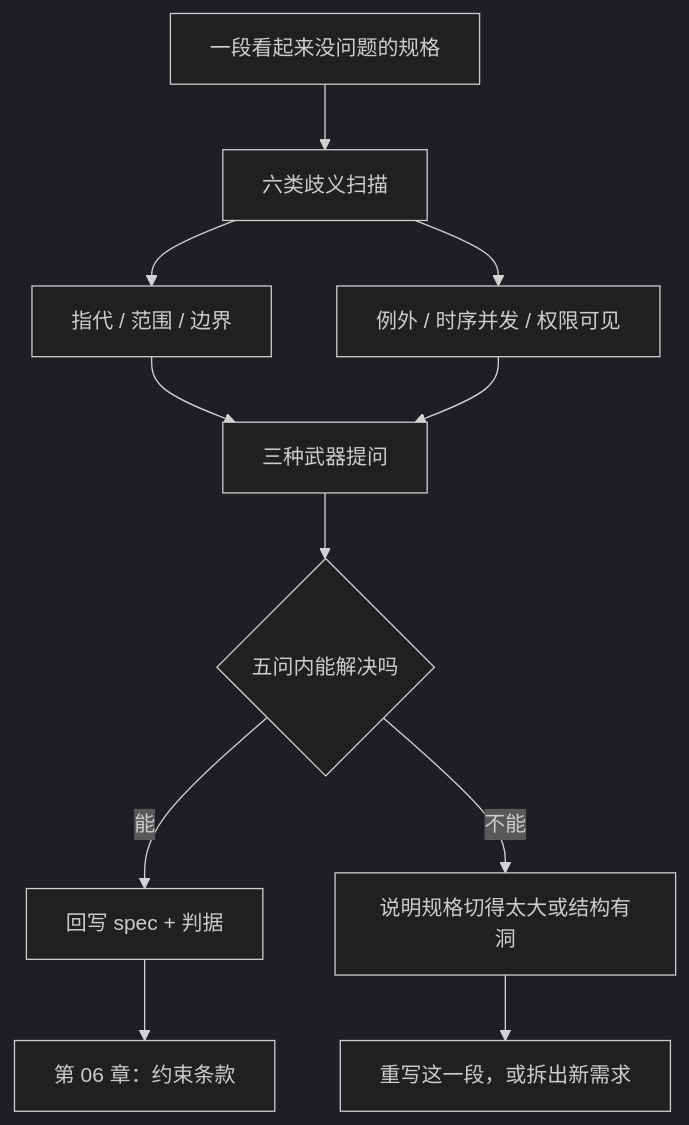
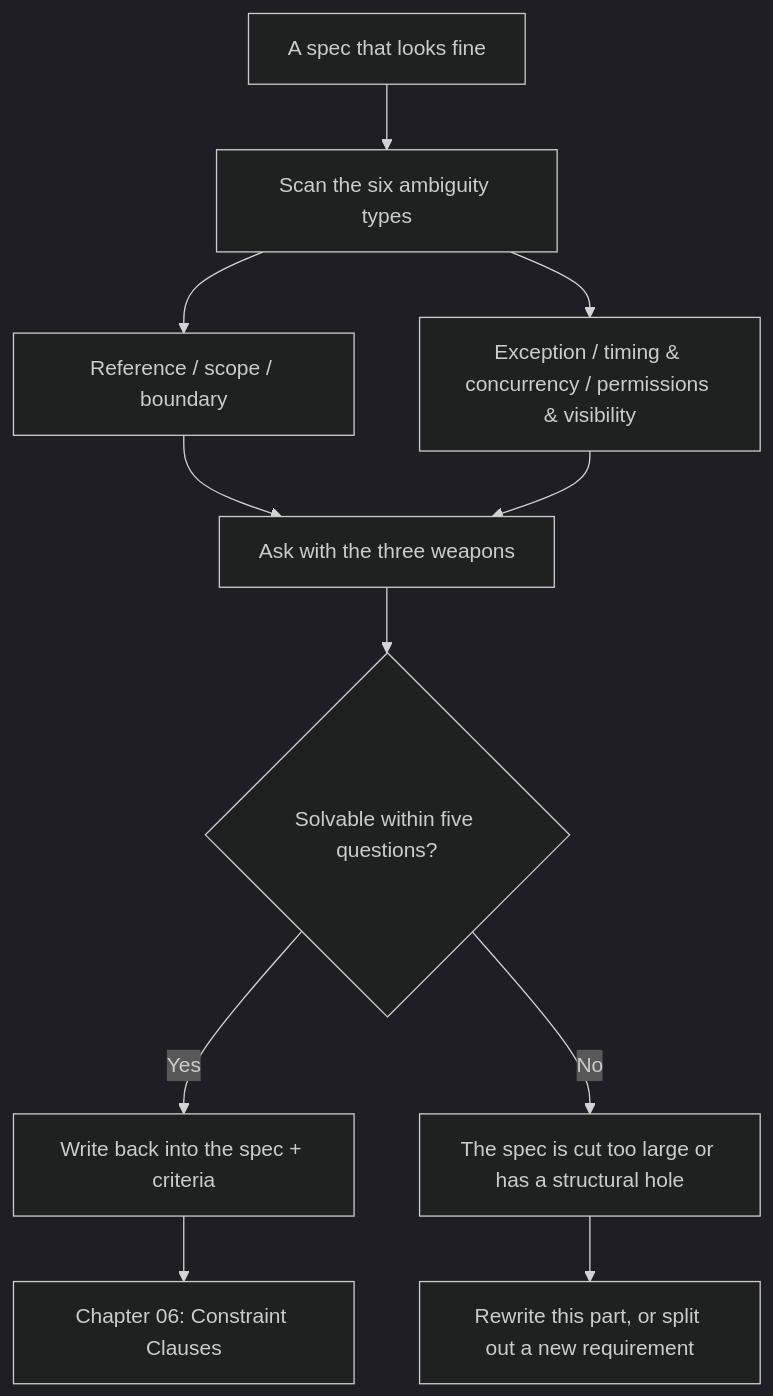
The diagram in phase2/chapters/ch05-ambiguity.md (xzlxiao/vibe-coding-textbook), drawn with Mermaid (dark theme) before and after one commit. The commit also changed other lines of this file and 15 other files, not shown here.

````diff
--- a/phase2/chapters/ch05-ambiguity.md
+++ b/phase2/chapters/ch05-ambiguity.md
@@ -187,13 +187,13 @@
 ```mermaid
 flowchart TD
-    A["一段看起来没问题的规格"] --> B["六类歧义扫描"]
-    B --> C1["指代 / 范围 / 边界"]
-    B --> C2["例外 / 时序并发 / 权限可见"]
-    C1 --> D["三种武器提问"]
+    A["A spec that looks fine"] --> B["Scan the six ambiguity types"]
+    B --> C1["Reference / scope / boundary"]
+    B --> C2["Exception / timing & concurrency / permissions & visibility"]
+    C1 --> D["Ask with the three weapons"]
     C2 --> D
-    D --> E{"五问内能解决吗"}
-    E -->|"能"| F["回写 spec + 判据"]
-    E -->|"不能"| G["说明规格切得太大或结构有洞"]
-    G --> H["重写这一段，或拆出新需求"]
-    F --> I["第 06 章：约束条款"]
+    D --> E{"Solvable within five questions?"}
+    E -->|"Yes"| F["Write back into the spec + criteria"]
+    E -->|"No"| G["The spec is cut too large or has a structural hole"]
+    G --> H["Rewrite this part, or split out a new requirement"]
+    F --> I["Chapter 06: Constraint Clauses"]
 ```
````
